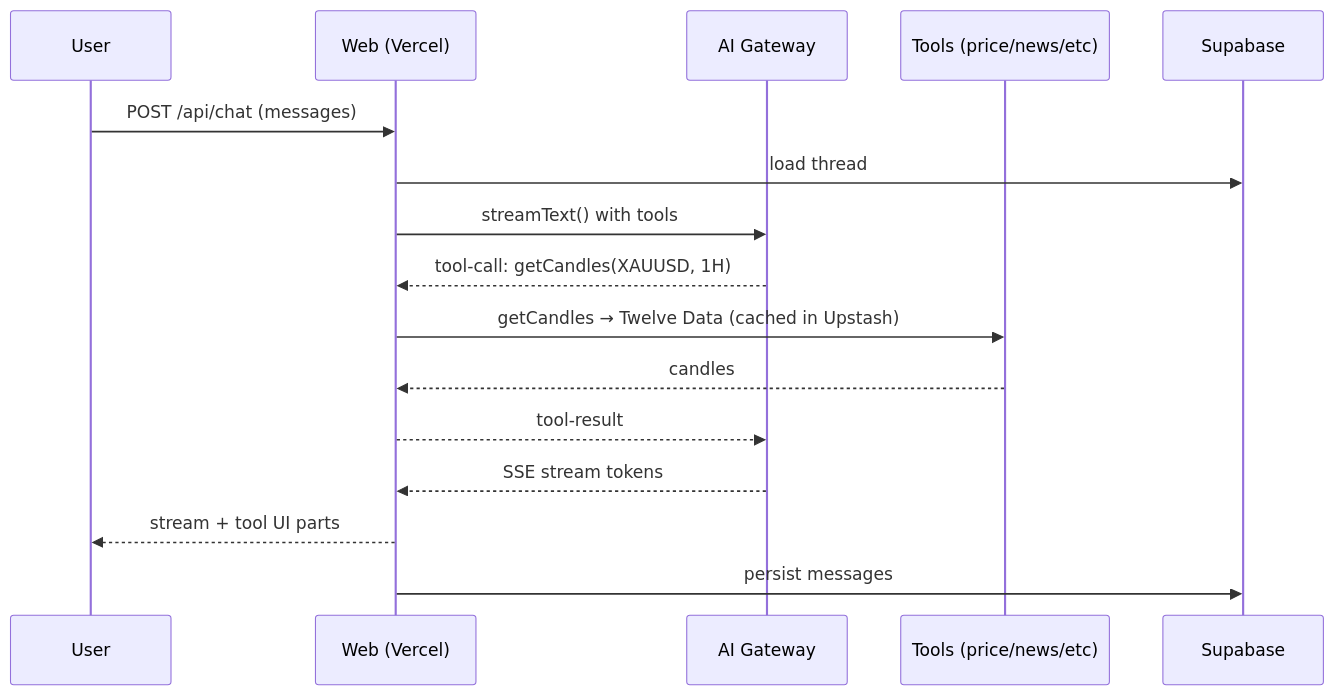
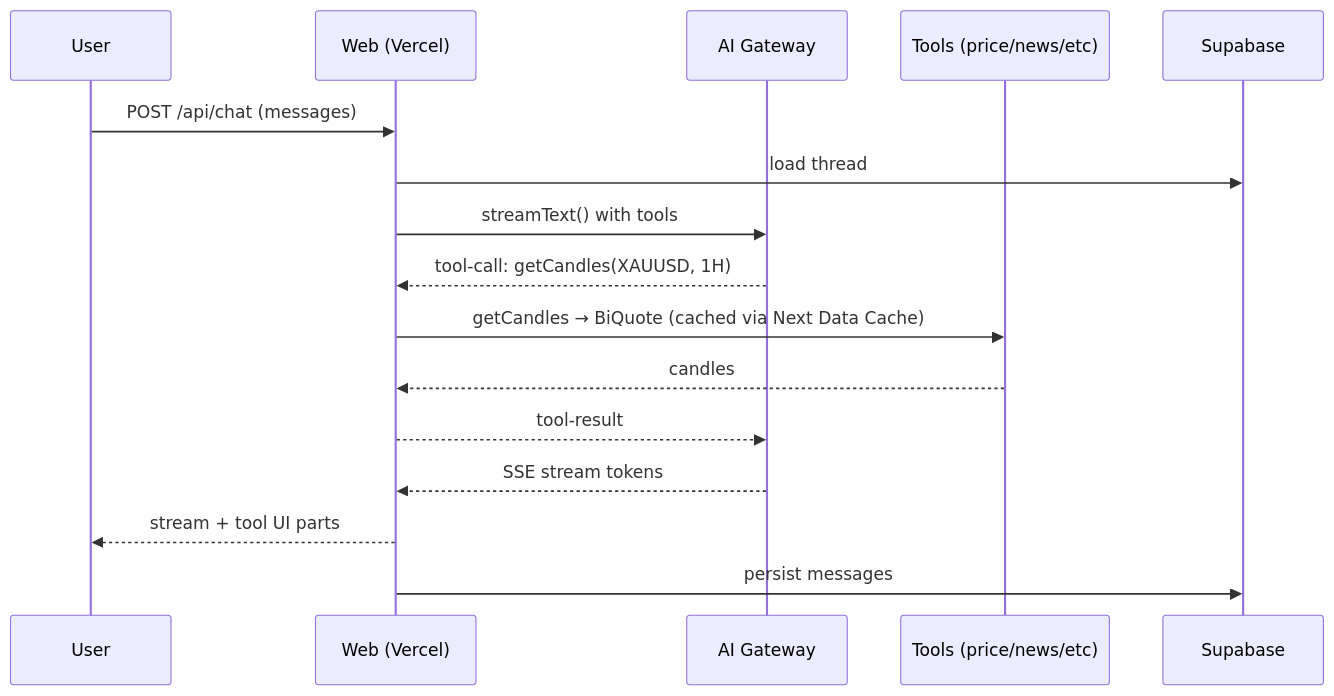
One commit to HamaFx/Kestrel changed the second of 5 diagrams in docs/01-architecture.md. Above: the diagram before and after it, drawn with Mermaid. The commit also changed other lines of this file and 16 other files, not shown here.

````diff
--- a/docs/01-architecture.md
+++ b/docs/01-architecture.md
@@ -90,19 +97,19 @@
 ```mermaid
 sequenceDiagram
     participant U as User
     participant W as Web (Vercel)
     participant G as AI Gateway
     participant T as Tools (price/news/etc)
     participant S as Supabase
 
     U->>W: POST /api/chat (messages)
     W->>S: load thread
     W->>G: streamText() with tools
     G-->>W: tool-call: getCandles(XAUUSD, 1H)
-    W->>T: getCandles → Twelve Data (cached in Upstash)
+    W->>T: getCandles → BiQuote (cached via Next Data Cache)
     T-->>W: candles
     W-->>G: tool-result
     G-->>W: SSE stream tokens
     W-->>U: stream + tool UI parts
     W->>S: persist messages
 ```
````
